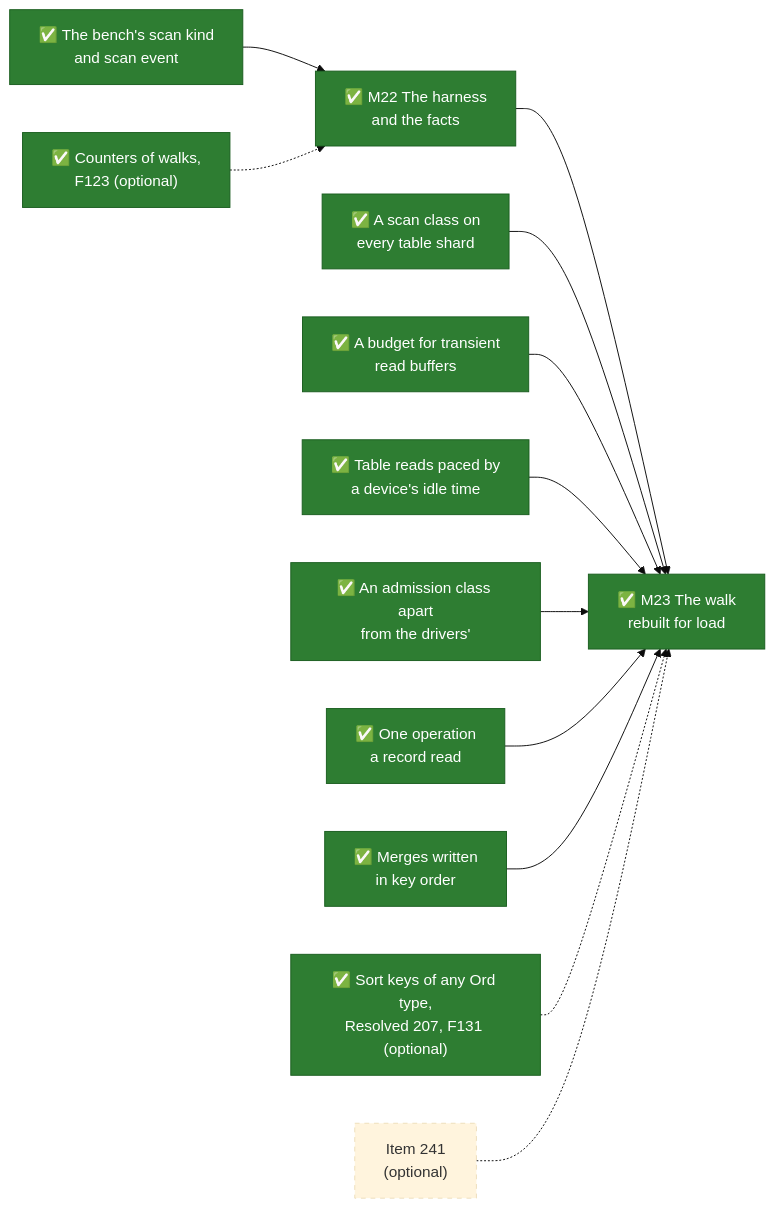
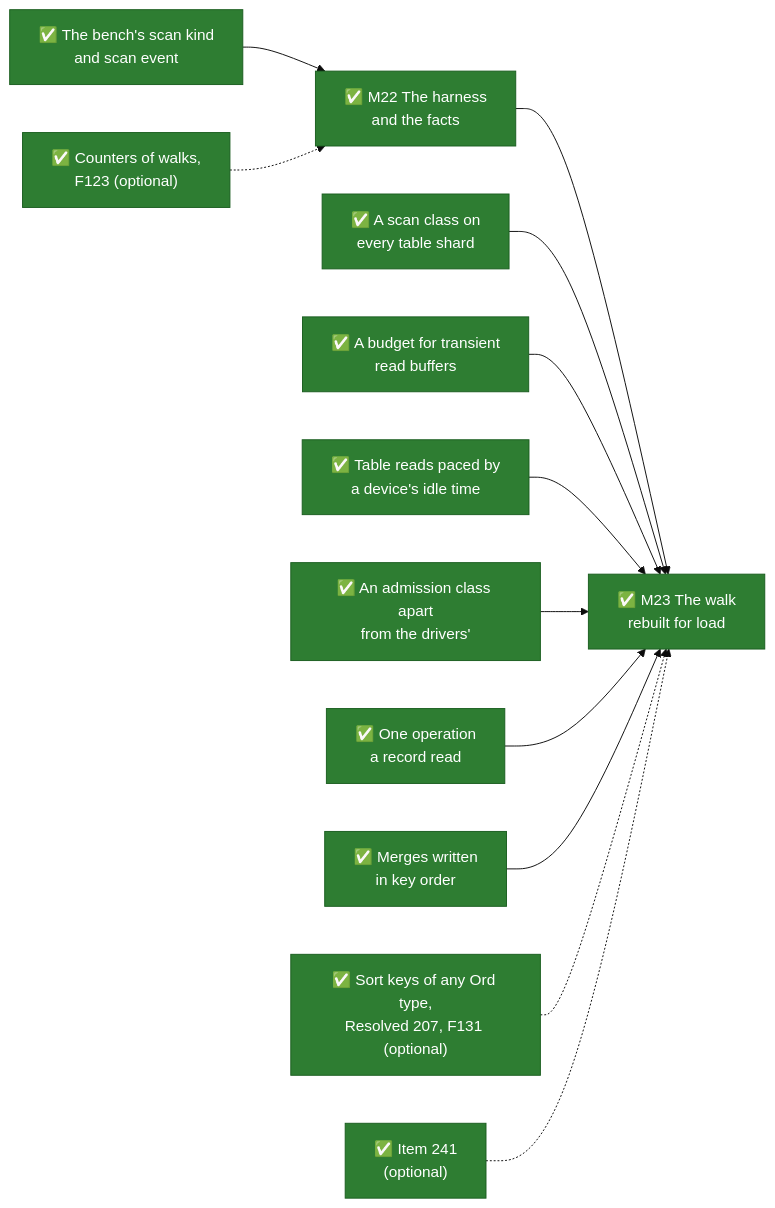
Before and after one commit to mjcarson/shoal: the diagram in docs/src/future-work/scans/prerequisites.md, drawn with Mermaid (base theme). The commit also changed other lines of this file and 22 other files, not shown here.

````diff
--- a/docs/src/future-work/scans/prerequisites.md
+++ b/docs/src/future-work/scans/prerequisites.md
@@ -284,28 +284,28 @@
 ```mermaid
 flowchart LR
     classDef done fill:#2e7d32,stroke:#1b5e20,color:#ffffff
     classDef optional stroke-dasharray: 5 5
     Bench["✅ The bench's scan kind<br>and scan event"]:::done
     Class["✅ A scan class on<br>every table shard"]:::done
     Budget["✅ A budget for transient<br>read buffers"]:::done
     Pace["✅ Table reads paced by<br>a device's idle time"]:::done
     Admit["✅ An admission class apart<br>from the drivers'"]:::done
     Read1["✅ One operation<br>a record read"]:::done
     Sorted["✅ Merges written<br>in key order"]:::done
     Counters["✅ Counters of walks,<br>F123 (optional)"]:::done
     SortKeys["✅ Sort keys of any Ord type,<br>Resolved 207, F131 (optional)"]:::done
-    I241["Item 241<br>(optional)"]:::optional
+    I241["✅ Item 241<br>(optional)"]:::done
     M22["✅ M22 The harness<br>and the facts"]:::done
     M23["✅ M23 The walk<br>rebuilt for load"]:::done
     Bench --> M22
     M22 --> M23
     Class --> M23
     Budget --> M23
     Pace --> M23
     Admit --> M23
     Read1 --> M23
     Sorted --> M23
     Counters -.-> M22
     SortKeys -.-> M23
     I241 -.-> M23
 ```
````
